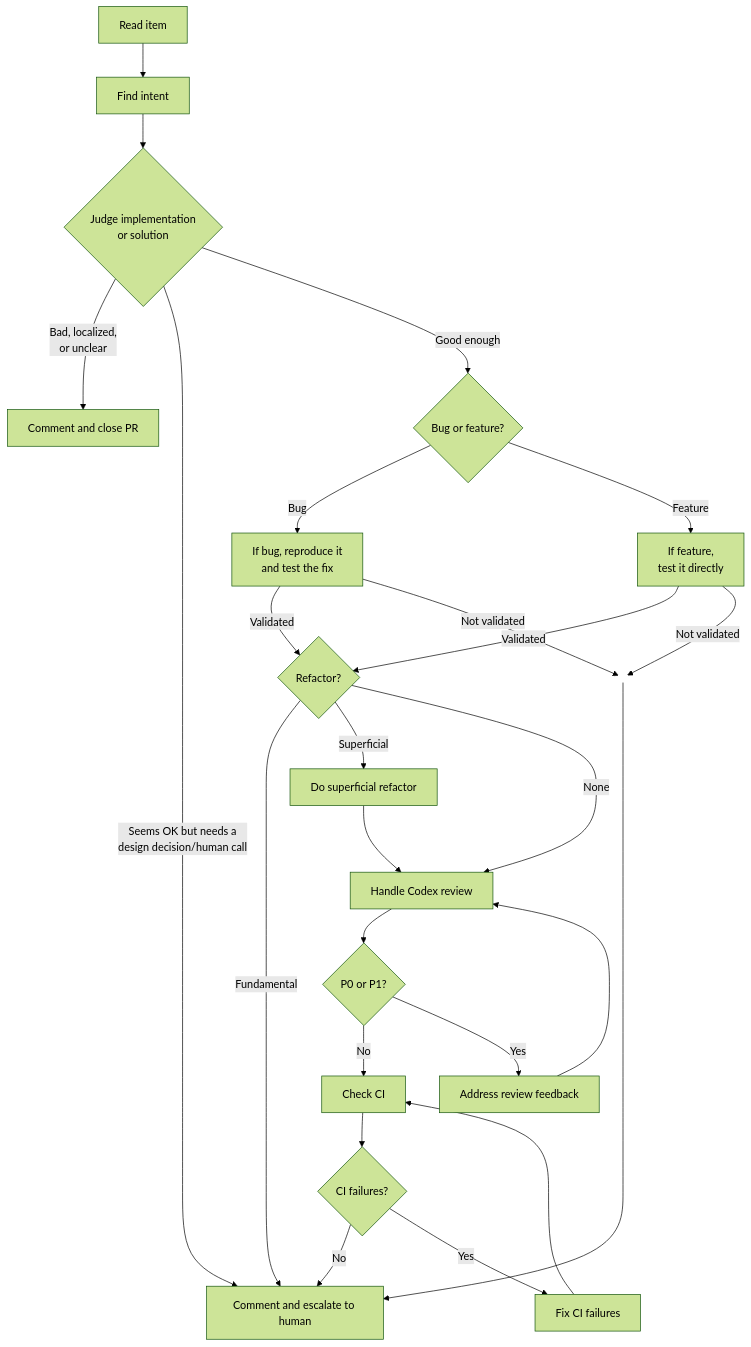
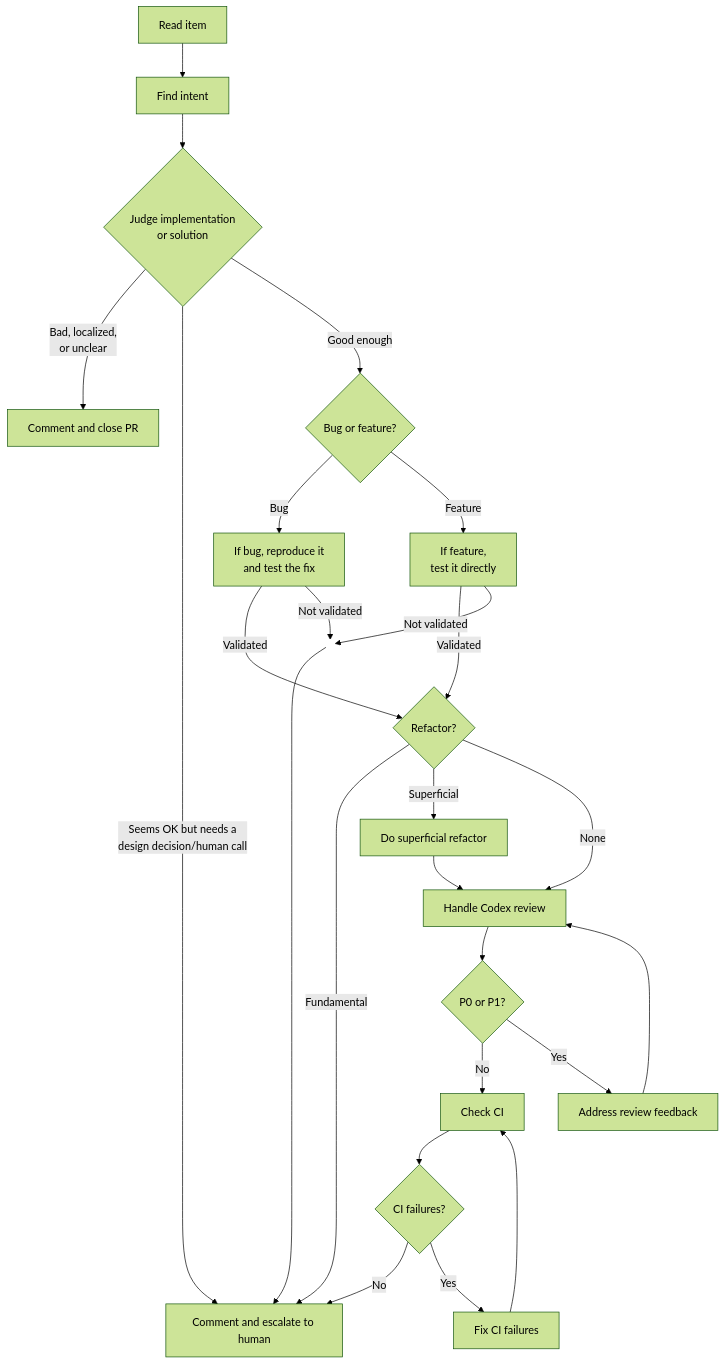
One commit to osolmaz/tools changed the diagram in agents/prompts/pr-issue-triage.md. Above: the diagram before and after it, drawn with Mermaid (forest theme).

Commit message:
Apply chosen Mermaid layout

````diff
--- a/agents/prompts/pr-issue-triage.md
+++ b/agents/prompts/pr-issue-triage.md
@@ -5,34 +5,35 @@
 ```mermaid
 flowchart TD
     classDef hidden fill:none,stroke:none,color:none,stroke-width:0px;
     A[Read item] --> B[Find intent]
     B --> C{"Judge implementation<br/>or solution"}
 
     C -->|"Bad, localized,<br/>or unclear"| D[Comment and close PR]
     C -->|"Seems OK but needs a<br/>design decision/human call"| E[Comment and escalate to human]
     C -->|Good enough| V{Bug or feature?}
 
     V -->|Bug| P[If bug, reproduce it<br/>and test the fix]
     V -->|Feature| T[If feature,<br/>test it directly]
 
     P -->|Validated| F{Refactor?}
     T -->|Validated| F
     P -->|"Not validated"| X(( ))
     T -->|"Not validated"| X
     X --> E
+    X ~~~ F
     class X hidden
 
     F -->|Fundamental| E
     F -->|Superficial| R[Do superficial refactor]
     F -->|None| G[Handle Codex review]
     R --> G
 
     G --> H{P0 or P1?}
     H -->|No| J[Check CI]
     H -->|Yes| I[Address review feedback]
     I --> G
     J --> K{CI failures?}
     K -->|No| E
     K -->|Yes| L[Fix CI failures]
     L --> J
 ```
````
